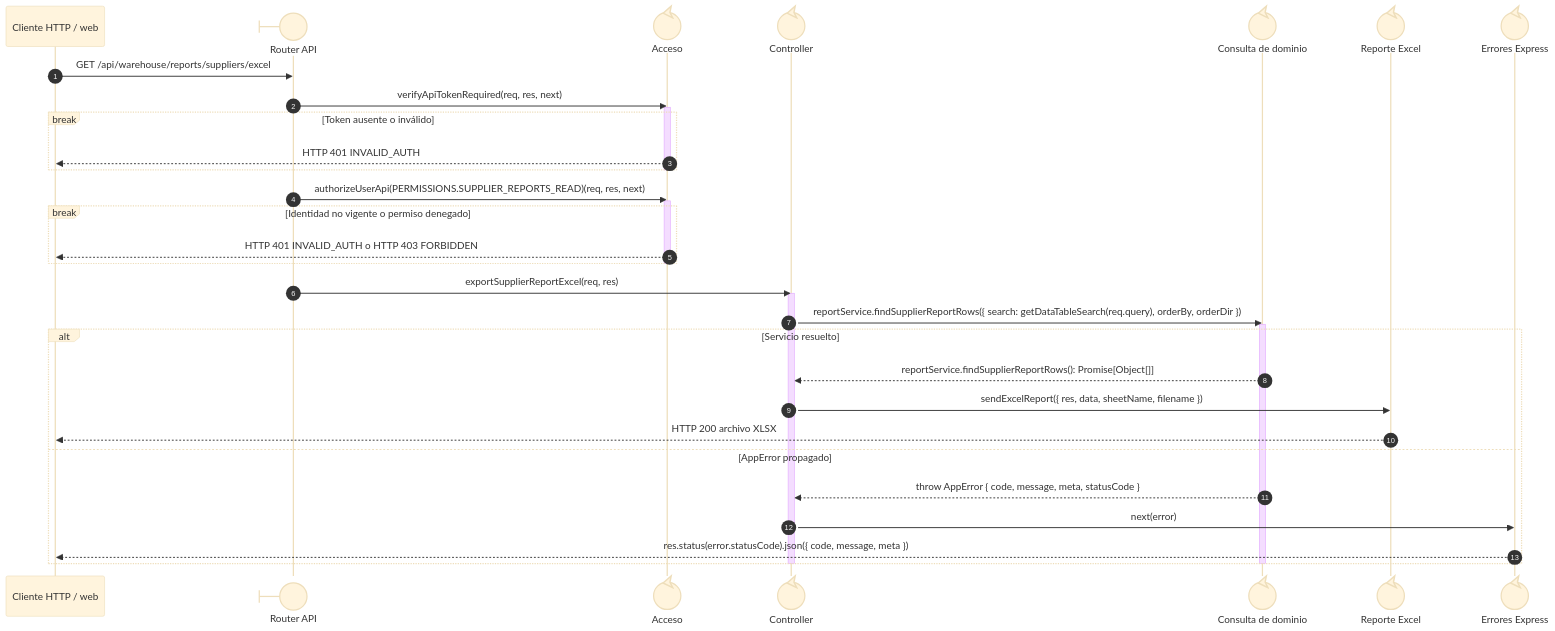
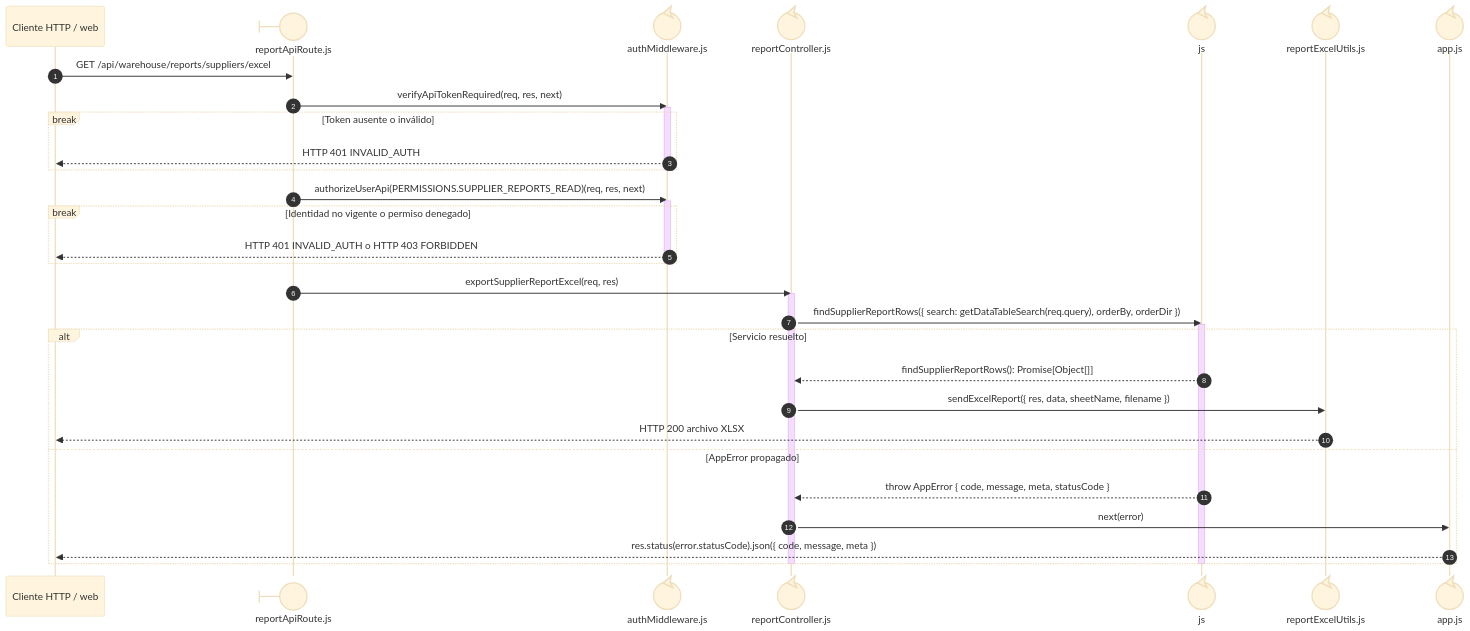
Before and after one commit to gpgsistemas01/nexus: the diagram in docs/architecture/views/processes/backend-code-sequences/catalogs/cu-cat-04.md, drawn with Mermaid (base theme). The commit also changed other lines of this file and 192 other files, not shown here.

Commit message:
docs: make sequence file ownership explicit and align code flows

````diff
--- a/docs/architecture/views/processes/backend-code-sequences/catalogs/cu-cat-04.md
+++ b/docs/architecture/views/processes/backend-code-sequences/catalogs/cu-cat-04.md
@@ -24,41 +26,41 @@
 ```mermaid
 sequenceDiagram
     autonumber
     participant Client as Cliente HTTP / web
-    participant Route@{ "type": "boundary" } as Router API
-    participant Auth@{ "type": "control" } as Acceso
-    participant Controller@{ "type": "control" } as Controller
-    participant Query@{ "type": "control" } as Consulta de dominio
-    participant Excel@{ "type": "control" } as Reporte Excel
-    participant ErrorHandler@{ "type": "control" } as Errores Express
+    participant Route@{ "type": "boundary" } as reportApiRoute.js
+    participant Auth@{ "type": "control" } as authMiddleware.js
+    participant Controller@{ "type": "control" } as reportController.js
+    participant Query@{ "type": "control" } as js
+    participant Excel@{ "type": "control" } as reportExcelUtils.js
+    participant ErrorHandler@{ "type": "control" } as app.js
 
     Client->>Route: GET /api/warehouse/reports/suppliers/excel
 
     Route->>Auth: verifyApiTokenRequired(req, res, next)
     activate Auth
     break Token ausente o inválido
         Auth-->>Client: HTTP 401 INVALID_AUTH
     end
     deactivate Auth
     Route->>Auth: authorizeUserApi(PERMISSIONS.SUPPLIER_REPORTS_READ)(req, res, next)
     activate Auth
     break Identidad no vigente o permiso denegado
         Auth-->>Client: HTTP 401 INVALID_AUTH o HTTP 403 FORBIDDEN
     end
     deactivate Auth
     Route->>Controller: exportSupplierReportExcel(req, res)
     activate Controller
-    Controller->>Query: reportService.findSupplierReportRows({ search: getDataTableSearch(req.query), orderBy, orderDir })
+    Controller->>Query: findSupplierReportRows({ search: getDataTableSearch(req.query), orderBy, orderDir })
     activate Query
     alt Servicio resuelto
-        Query-->>Controller: reportService.findSupplierReportRows(): Promise[Object[]]
+        Query-->>Controller: findSupplierReportRows(): Promise[Object[]]
         Controller->>Excel: sendExcelReport({ res, data, sheetName, filename })
         Excel-->>Client: HTTP 200 archivo XLSX
     else AppError propagado
         Query-->>Controller: throw AppError { code, message, meta, statusCode }
         Controller->>ErrorHandler: next(error)
         ErrorHandler-->>Client: res.status(error.statusCode).json({ code, message, meta })
     end
     deactivate Query
     deactivate Controller
 ```
````
